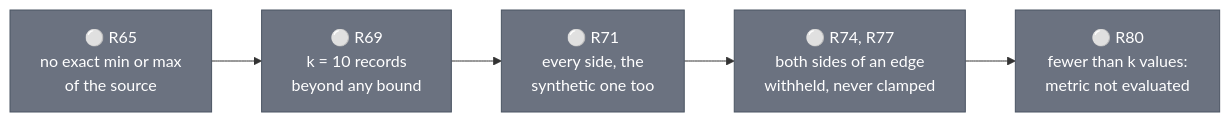
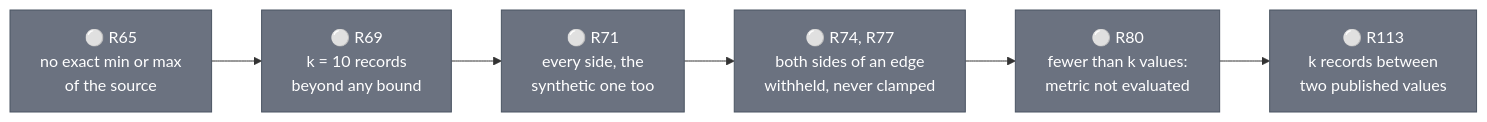
One commit to albertols/synthetic-llm-dataflow-bigquery changed diagram 18 of 28 in docs/designs/2026-07-07-evaluation-framework-design.md. Above: the diagram before and after it, drawn with Mermaid. The commit also changed other lines of this file and 9 other files, not shown here.

````diff
--- a/docs/designs/2026-07-07-evaluation-framework-design.md
+++ b/docs/designs/2026-07-07-evaluation-framework-design.md
@@ -1099,5 +1172,5 @@
 ```mermaid
 flowchart LR
   classDef data fill:#6b7280,color:#fff,stroke:#4b5563
-  A["⚪ R65<br/>no exact min or max<br/>of the source"]:::data --> B["⚪ R69<br/>k = 10 records<br/>beyond any bound"]:::data --> C["⚪ R71<br/>every side, the<br/>synthetic one too"]:::data --> D["⚪ R74, R77<br/>both sides of an edge<br/>withheld, never clamped"]:::data --> E["⚪ R80<br/>fewer than k values:<br/>metric not evaluated"]:::data
+  A["⚪ R65<br/>no exact min or max<br/>of the source"]:::data --> B["⚪ R69<br/>k = 10 records<br/>beyond any bound"]:::data --> C["⚪ R71<br/>every side, the<br/>synthetic one too"]:::data --> D["⚪ R74, R77<br/>both sides of an edge<br/>withheld, never clamped"]:::data --> E["⚪ R80<br/>fewer than k values:<br/>metric not evaluated"]:::data --> F["⚪ R113<br/>k records between<br/>two published values"]:::data
 ```
````
